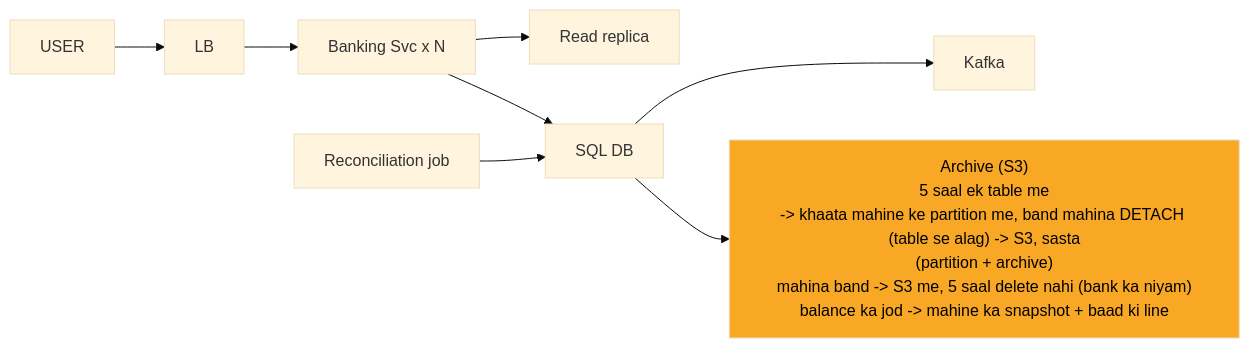
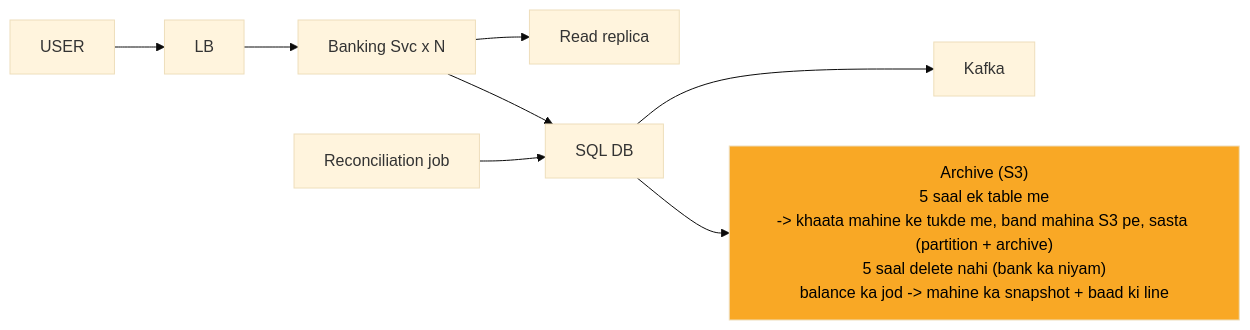
Before and after one commit to ArpanMaheshwari144/Prep: the diagram in 04_HLD/SYSTEM_DESIGNS/13_banking_system/img/c11.mmd, drawn with Mermaid (base theme). The commit also changed 76 other files, not shown here.

```diff
--- a/04_HLD/SYSTEM_DESIGNS/13_banking_system/img/c11.mmd
+++ b/04_HLD/SYSTEM_DESIGNS/13_banking_system/img/c11.mmd
@@ -1,18 +1,18 @@
 %%{init: {"flowchart": {"wrappingWidth": 450}}}%%
 flowchart LR
     n_USER["USER"]
     n_LB["LB"]
     n_Banking_Svc_xN["Banking Svc x N"]
     n_RR["Read replica"]
     n_DB["SQL DB"]
     n_K["Kafka"]
-    n_S3["Archive (S3)<br/>5 saal ek table me<br/>-> khaata mahine ke partition me, band mahina DETACH (table se alag) -> S3, sasta<br/>(partition + archive)<br/>mahina band -> S3 me, 5 saal delete nahi (bank ka niyam)<br/>balance ka jod -> mahine ka snapshot + baad ki line"]
+    n_S3["Archive (S3)<br/>5 saal ek table me<br/>-> khaata mahine ke tukde me, band mahina S3 pe, sasta (partition + archive)<br/>5 saal delete nahi (bank ka niyam)<br/>balance ka jod -> mahine ka snapshot + baad ki line"]
     n_REC["Reconciliation job"]
     n_USER --> n_LB
     n_LB --> n_Banking_Svc_xN
     n_Banking_Svc_xN --> n_RR
     n_Banking_Svc_xN --> n_DB
     n_DB --> n_K
     n_REC --> n_DB
     n_DB --> n_S3
     style n_S3 fill:#f9a825,color:#000
```
